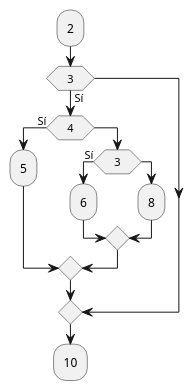
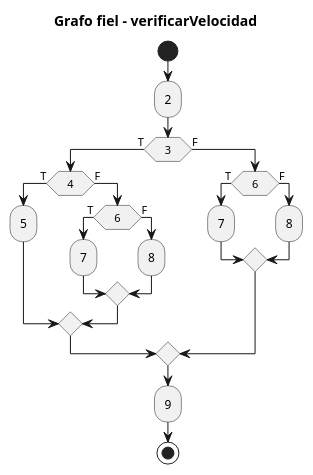
The fifth of 9 diagrams in 06DPRU/web/grafos.puml (miGUITel/ED), drawn with PlantUML before and after one commit. The commit also changed other lines of this file and 2 other files, not shown here.

Commit message:
Retoco un grafo

```diff
--- a/06DPRU/web/grafos.puml
+++ b/06DPRU/web/grafos.puml
@@ -29,15 +85,29 @@
 @startuml
+title Grafo fiel - verificarVelocidad
+
+start
 :2;
-if (3) then (Sí)
-    if (4) then (Sí)
-        :5;
-else
-    if (3) then (Sí)
-        :6;
-    else
-        :8;
+
+if (3) then (T)
+
+  if (4) then (T)
+    :5;
+  else (F)
+    if (6) then (T)
+      :7;
+    else (F)
+      :8;
     endif
-    endif
+  endif
+
+else (F)
+  if (6) then (T)
+    :7;
+  else (F)
+    :8;
+  endif
 endif
-:10;
+
+:9;
+stop
 @enduml
```
